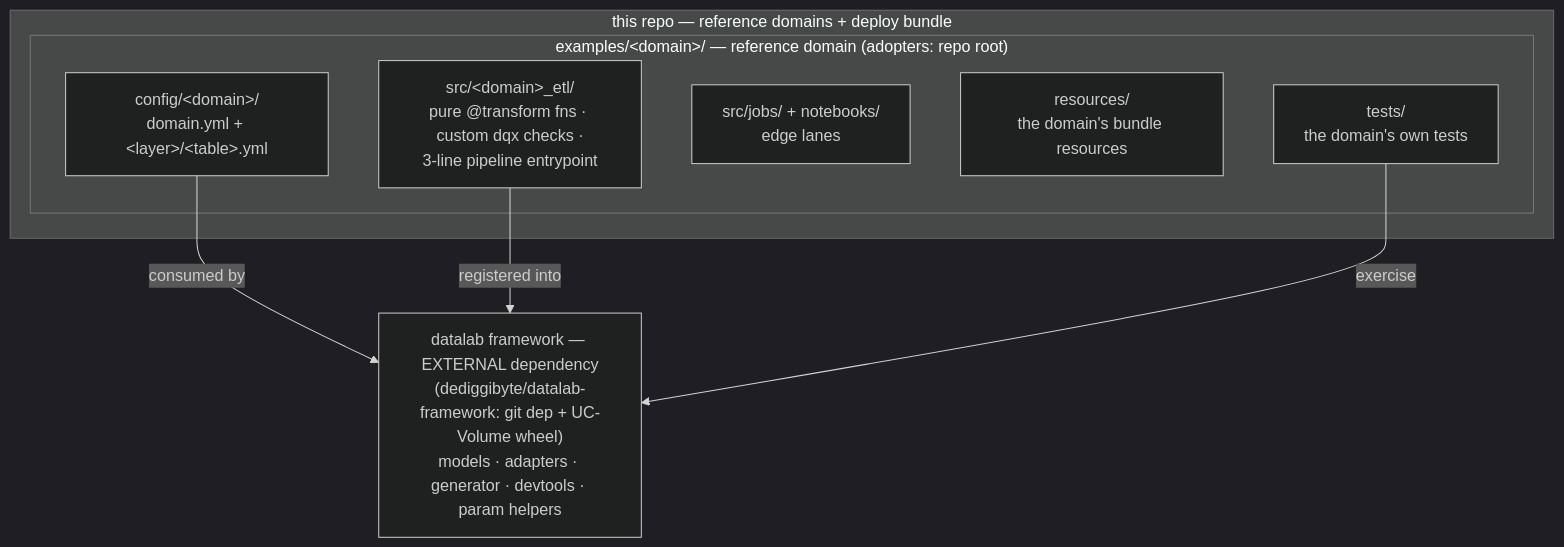
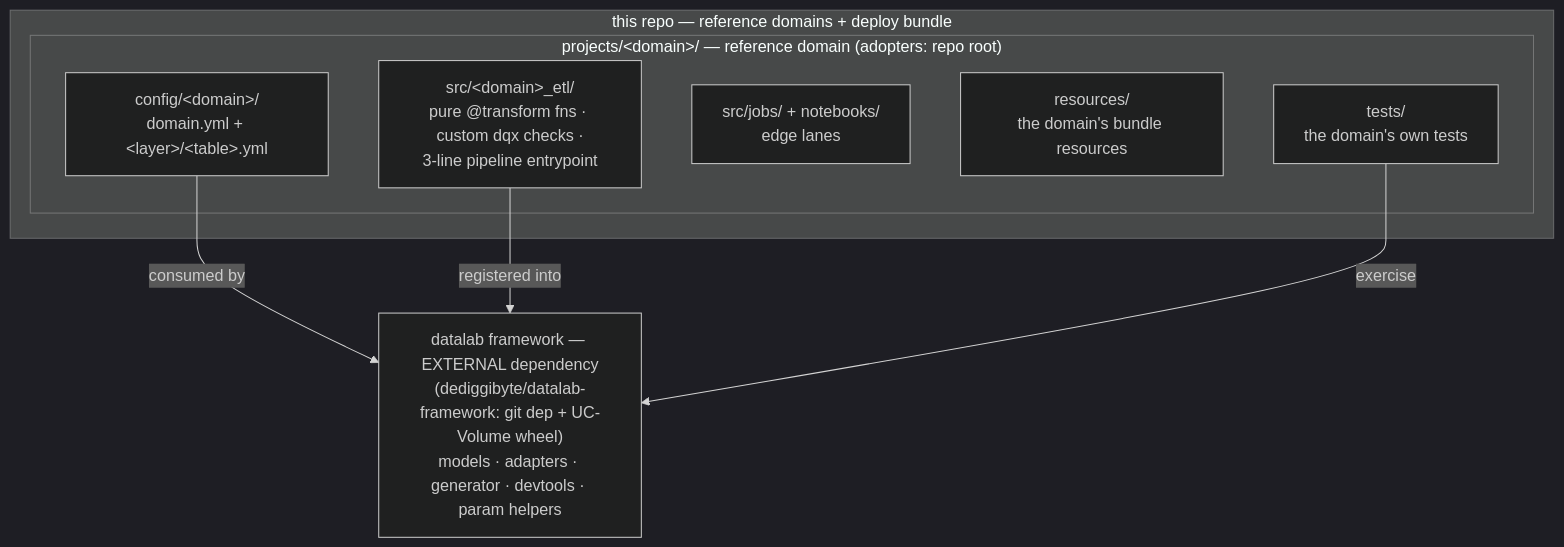
One commit to Vegash09/Demo_Lab changed the fifth of 6 diagrams in docs/ARCHITECTURE.md. Above: the diagram before and after it, drawn with Mermaid (dark theme). The commit also changed other lines of this file and 68 other files, not shown here.

First line of the commit message:
refactor: rename examples/ -> projects/ (reference domains)

````diff
--- a/docs/ARCHITECTURE.md
+++ b/docs/ARCHITECTURE.md
@@ -107,16 +107,16 @@
 ```mermaid
 flowchart TD
     FW["datalab framework — EXTERNAL dependency<br/>(dediggibyte/datalab-framework: git dep + UC-Volume wheel)<br/>models · adapters · generator · devtools · param helpers"]
     subgraph REPO["this repo — reference domains + deploy bundle"]
-        subgraph DOMAIN["examples/&lt;domain&gt;/ — reference domain (adopters: repo root)"]
+        subgraph DOMAIN["projects/&lt;domain&gt;/ — reference domain (adopters: repo root)"]
             CFG["config/&lt;domain&gt;/<br/>domain.yml + &lt;layer&gt;/&lt;table&gt;.yml"]
             DOM["src/&lt;domain&gt;_etl/<br/>pure @transform fns · custom dqx checks ·<br/>3-line pipeline entrypoint"]
             JOBS["src/jobs/ + notebooks/<br/>edge lanes"]
             RES["resources/<br/>the domain's bundle resources"]
             DTESTS["tests/<br/>the domain's own tests"]
         end
     end
     CFG -->|consumed by| FW
     DOM -->|registered into| FW
     DTESTS -->|exercise| FW
 ```
````
